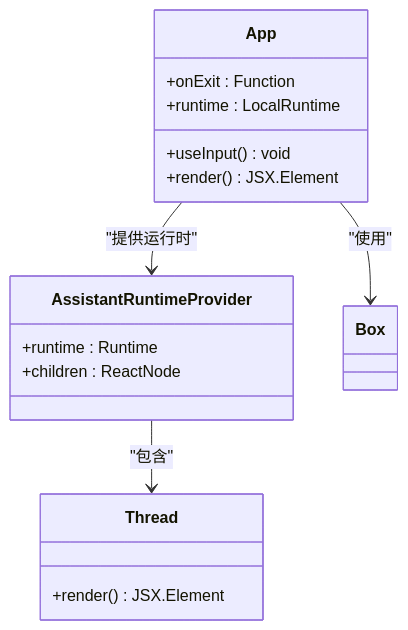
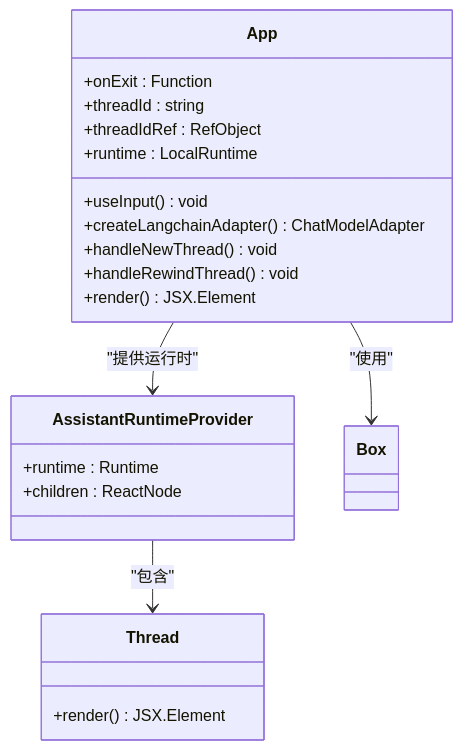
Before and after one commit to HAOFUYANG/onion-code: the second of 14 diagrams in .qoder/repowiki/zh/content/核心架构/React 终端 UI 组件.md, drawn with Mermaid. The commit also changed other lines of this file and 29 other files, not shown here.

````diff
--- a/.qoder/repowiki/zh/content/核心架构/React 终端 UI 组件.md
+++ b/.qoder/repowiki/zh/content/核心架构/React 终端 UI 组件.md
@@ -130,19 +141,24 @@
 ```mermaid
 classDiagram
 class App {
 +onExit : Function
++threadId : string
++threadIdRef : RefObject
 +runtime : LocalRuntime
 +useInput() void
++createLangchainAdapter() ChatModelAdapter
++handleNewThread() void
++handleRewindThread() void
 +render() JSX.Element
 }
 class AssistantRuntimeProvider {
 +runtime : Runtime
 +children : ReactNode
 }
 class Thread {
 +render() JSX.Element
 }
 App --> AssistantRuntimeProvider : "提供运行时"
 AssistantRuntimeProvider --> Thread : "包含"
 App --> Box : "使用"
 ```
````
